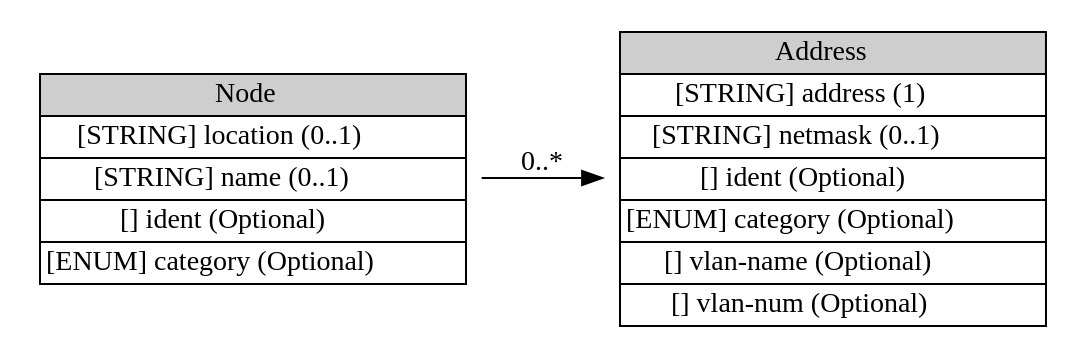
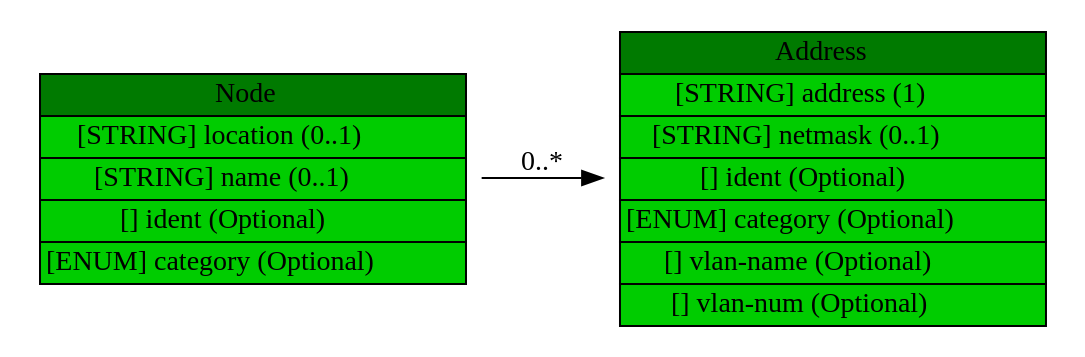
The diagram in idmef/graph/Node.dot (Moutix/idmef_parser), drawn with Graphviz before and after one commit. The commit also changed 257 other files, not shown here.

Commit message:
Add color in IDMEF graph

```diff
--- a/idmef/graph/Node.dot
+++ b/idmef/graph/Node.dot
@@ -1,8 +1,8 @@
 digraph "Node" {
 	graph [rankdir=LR];
 	node [label="\N"];
 	graph [bb="0,0,502,148"];
-	"Node" [label=<<table BORDER="0" CELLBORDER="1" CELLSPACING="0"> <tr > <td BGCOLOR="#CECECE" HREF="#" TITLE="The Node class is used to identify hosts and other network devices (routers, switches, etc.). ">Node</td> </tr>" %<tr><td HREF="#" TITLE="The location of the equipment.">[STRING] location (0..1) </td></tr>%<tr><td HREF="#" TITLE="The name of the equipment.  This information MUST be provided if no Address information is given.">[STRING] name (0..1) </td></tr>%<tr><td HREF="#" TITLE="A unique identifier for the node; see Section 3.2.9.">[] ident (Optional) </td></tr>%<tr><td HREF="#" TITLE="The &quot;domain&quot; from which the name information was obtained, if relevant.  The permitted values for this attribute are shown in the table below.  The default value is &quot;unknown&quot;. (See also Section 10 for extensions to the table.)">[ENUM] category (Optional) </td></tr>%</table>>, shape=plaintext, pos="110,74", width="3.0278", height="1.5139"];
-	Address [label=<<table BORDER="0" CELLBORDER="1" CELLSPACING="0"> <tr > <td BGCOLOR="#CECECE" HREF="#" TITLE="The Address class is used to represent network, hardware, and application addresses. ">Address</td> </tr>" %<tr><td HREF="#" TITLE="The address information.  The format of this data is governed by the category attribute.">[STRING] address (1) </td></tr>%<tr><td HREF="#" TITLE="The network mask for the address, if appropriate.">[STRING] netmask (0..1) </td></tr>%<tr><td HREF="#" TITLE="A unique identifier for the address; see Section 3.2.9.">[] ident (Optional) </td></tr>%<tr><td HREF="#" TITLE="The type of address represented.  The permitted values for this attribute are shown below.  The default value is &quot;unknown&quot;.  (See also Section 10.)">[ENUM] category (Optional) </td></tr>%<tr><td HREF="#" TITLE="The name of the Virtual LAN to which the address belongs.">[] vlan-name (Optional) </td></tr>%<tr><td HREF="#" TITLE="The number of the Virtual LAN to which the address belongs.">[] vlan-num (Optional) </td></tr>%</table>>, shape=plaintext, pos="392,74", width="3.0278", height="2.0694"];
+	"Node" [label=<<table BORDER="0" CELLBORDER="1" CELLSPACING="0"> <tr > <td BGCOLOR="#007a00" HREF="#" TITLE="The Node class is used to identify hosts and other network devices (routers, switches, etc.). ">Node</td> </tr>" %<tr><td BGCOLOR="#00CC00" HREF="#" TITLE="The location of the equipment.">[STRING] location (0..1) </td></tr>%<tr><td BGCOLOR="#00CC00" HREF="#" TITLE="The name of the equipment.  This information MUST be provided if no Address information is given.">[STRING] name (0..1) </td></tr>%<tr><td BGCOLOR="#00CC00" HREF="#" TITLE="A unique identifier for the node; see Section 3.2.9.">[] ident (Optional) </td></tr>%<tr><td BGCOLOR="#00CC00" HREF="#" TITLE="The &quot;domain&quot; from which the name information was obtained, if relevant.  The permitted values for this attribute are shown in the table below.  The default value is &quot;unknown&quot;. (See also Section 10 for extensions to the table.)">[ENUM] category (Optional) </td></tr>%</table>>, shape=plaintext, pos="110,74", width="3.0278", height="1.5139"];
+	Address [label=<<table BORDER="0" CELLBORDER="1" CELLSPACING="0"> <tr > <td BGCOLOR="#007a00" HREF="#" TITLE="The Address class is used to represent network, hardware, and application addresses. ">Address</td> </tr>" %<tr><td BGCOLOR="#00CC00" HREF="#" TITLE="The address information.  The format of this data is governed by the category attribute.">[STRING] address (1) </td></tr>%<tr><td BGCOLOR="#00CC00" HREF="#" TITLE="The network mask for the address, if appropriate.">[STRING] netmask (0..1) </td></tr>%<tr><td BGCOLOR="#00CC00" HREF="#" TITLE="A unique identifier for the address; see Section 3.2.9.">[] ident (Optional) </td></tr>%<tr><td BGCOLOR="#00CC00" HREF="#" TITLE="The type of address represented.  The permitted values for this attribute are shown below.  The default value is &quot;unknown&quot;.  (See also Section 10.)">[ENUM] category (Optional) </td></tr>%<tr><td BGCOLOR="#00CC00" HREF="#" TITLE="The name of the Virtual LAN to which the address belongs.">[] vlan-name (Optional) </td></tr>%<tr><td BGCOLOR="#00CC00" HREF="#" TITLE="The number of the Virtual LAN to which the address belongs.">[] vlan-num (Optional) </td></tr>%</table>>, shape=plaintext, pos="392,74", width="3.0278", height="2.0694"];
 	"Node" -> Address [label="0..*", pos="e,282.46,74 219.84,74 237.03,74 254.87,74 272.28,74", lp="251,82.5"];
 }
```
